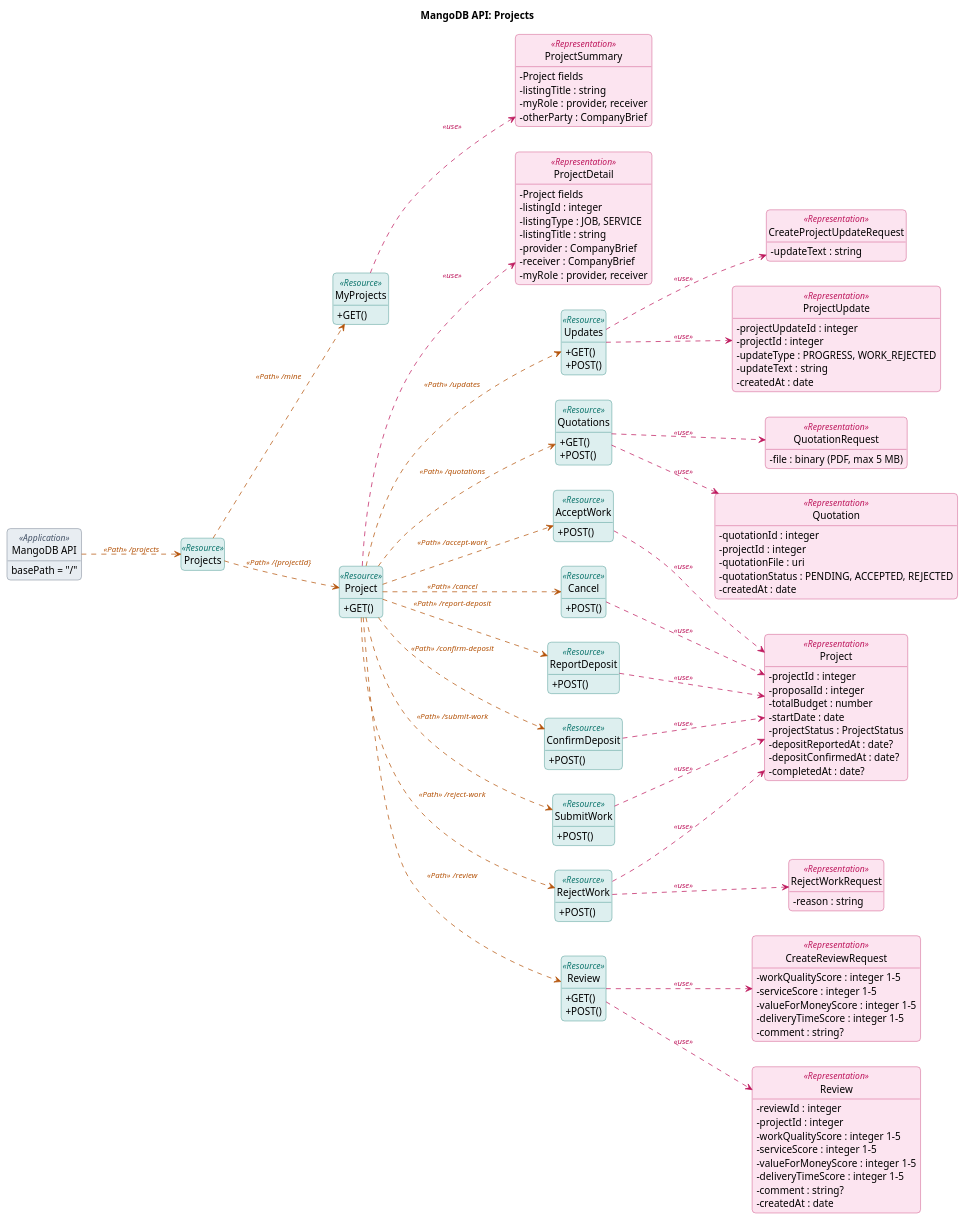
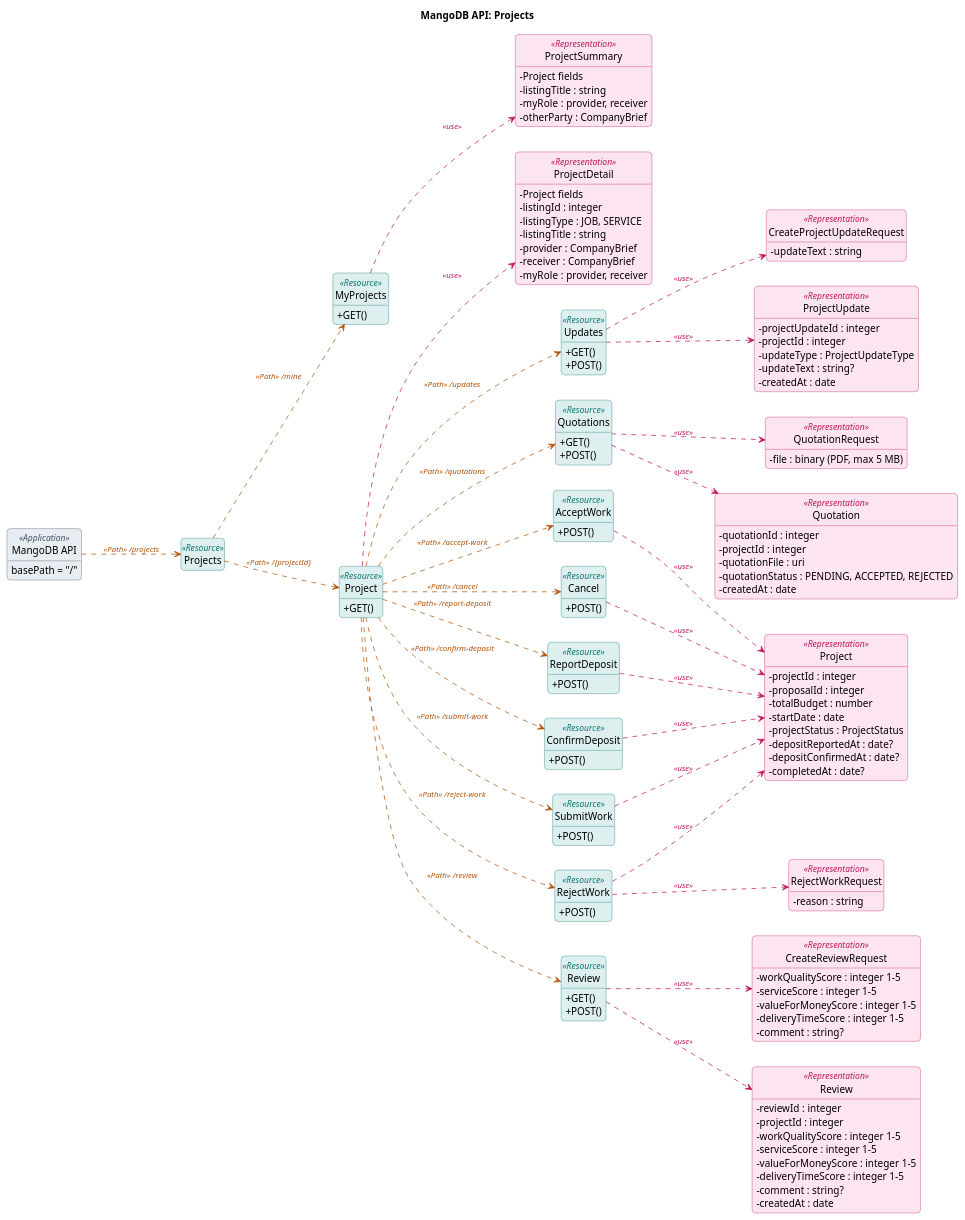
One commit to taofuuu/MangoDB changed the diagram in docs/api/uml/projects.puml. Above: the diagram before and after it, drawn with PlantUML. The commit also changed 2 other files, not shown here.

Commit message:
docs(api): list the project timeline events

```diff
--- a/docs/api/uml/projects.puml
+++ b/docs/api/uml/projects.puml
@@ -1,157 +1,157 @@
 @startuml
 left to right direction
 skinparam classAttributeIconSize 0
 hide circle
 hide empty members
 skinparam shadowing false
 skinparam roundcorner 10
 skinparam ClassFontStyle bold
 skinparam ClassAttributeFontStyle plain
 skinparam ArrowFontSize 11
 skinparam class {
   BackgroundColor<<Application>> #E8EDF2
   BorderColor<<Application>> #475569
   BackgroundColor<<Resource>> #DDEFEF
   BorderColor<<Resource>> #0F766E
   BackgroundColor<<Representation>> #FCE4F0
   BorderColor<<Representation>> #BE185D
   StereotypeFontColor<<Application>> #475569
   StereotypeFontColor<<Resource>> #0F766E
   StereotypeFontColor<<Representation>> #BE185D
 }
 title MangoDB API: Projects
 
 class "MangoDB API" as API <<Application>> {
   basePath = "/"
 }
 class "Projects" as Projects <<Resource>>
 class "MyProjects" as MyProjects <<Resource>> {
   + GET()
 }
 class "Project" as ProjectR <<Resource>> {
   + GET()
 }
 class "Updates" as Updates <<Resource>> {
   + GET()
   + POST()
 }
 class "Quotations" as ProjectQuotations <<Resource>> {
   + GET()
   + POST()
 }
 class "Cancel" as Cancel <<Resource>> {
   + POST()
 }
 class "ReportDeposit" as ReportDeposit <<Resource>> {
   + POST()
 }
 class "ConfirmDeposit" as ConfirmDeposit <<Resource>> {
   + POST()
 }
 class "SubmitWork" as SubmitWork <<Resource>> {
   + POST()
 }
 class "RejectWork" as RejectWork <<Resource>> {
   + POST()
 }
 class "AcceptWork" as AcceptWork <<Resource>> {
   + POST()
 }
 class "Review" as ReviewR <<Resource>> {
   + GET()
   + POST()
 }
 class "ProjectSummary" as ProjectSummaryRep <<Representation>> {
   -Project fields
   -listingTitle : string
   -myRole : provider, receiver
   -otherParty : CompanyBrief
 }
 class "ProjectDetail" as ProjectDetailRep <<Representation>> {
   -Project fields
   -listingId : integer
   -listingType : JOB, SERVICE
   -listingTitle : string
   -provider : CompanyBrief
   -receiver : CompanyBrief
   -myRole : provider, receiver
 }
 class "ProjectUpdate" as ProjectUpdateRep <<Representation>> {
   -projectUpdateId : integer
   -projectId : integer
-  -updateType : PROGRESS, WORK_REJECTED
-  -updateText : string
+  -updateType : ProjectUpdateType
+  -updateText : string?
   -createdAt : date
 }
 class "CreateProjectUpdateRequest" as CreateProjectUpdateRequestRep <<Representation>> {
   -updateText : string
 }
 class "Project" as ProjectRep <<Representation>> {
   -projectId : integer
   -proposalId : integer
   -totalBudget : number
   -startDate : date
   -projectStatus : ProjectStatus
   -depositReportedAt : date?
   -depositConfirmedAt : date?
   -completedAt : date?
 }
 class "Quotation" as QuotationRep <<Representation>> {
   -quotationId : integer
   -projectId : integer
   -quotationFile : uri
   -quotationStatus : PENDING, ACCEPTED, REJECTED
   -createdAt : date
 }
 class "QuotationRequest" as QuotationRequestRep <<Representation>> {
   -file : binary (PDF, max 5 MB)
 }
 class "RejectWorkRequest" as RejectWorkRequestRep <<Representation>> {
   -reason : string
 }
 class "Review" as ReviewRep <<Representation>> {
   -reviewId : integer
   -projectId : integer
   -workQualityScore : integer 1-5
   -serviceScore : integer 1-5
   -valueForMoneyScore : integer 1-5
   -deliveryTimeScore : integer 1-5
   -comment : string?
   -createdAt : date
 }
 class "CreateReviewRequest" as CreateReviewRequestRep <<Representation>> {
   -workQualityScore : integer 1-5
   -serviceScore : integer 1-5
   -valueForMoneyScore : integer 1-5
   -deliveryTimeScore : integer 1-5
   -comment : string?
 }
 
 API -[#B45309,dashed]-> Projects : <i><color:#B45309>«Path» /projects</color></i>
 Projects -[#B45309,dashed]-> MyProjects : <i><color:#B45309>«Path» /mine</color></i>
 MyProjects -[#BE185D,dashed]-> ProjectSummaryRep : <i><color:#BE185D>«use»</color></i>
 Projects -[#B45309,dashed]-> ProjectR : <i><color:#B45309>«Path» /{projectId}</color></i>
 ProjectR -[#BE185D,dashed]-> ProjectDetailRep : <i><color:#BE185D>«use»</color></i>
 ProjectR -[#B45309,dashed]-> Updates : <i><color:#B45309>«Path» /updates</color></i>
 Updates -[#BE185D,dashed]-> ProjectUpdateRep : <i><color:#BE185D>«use»</color></i>
 Updates -[#BE185D,dashed]-> CreateProjectUpdateRequestRep : <i><color:#BE185D>«use»</color></i>
 ProjectR -[#B45309,dashed]-> ProjectQuotations : <i><color:#B45309>«Path» /quotations</color></i>
 ProjectQuotations -[#BE185D,dashed]-> QuotationRep : <i><color:#BE185D>«use»</color></i>
 ProjectQuotations -[#BE185D,dashed]-> QuotationRequestRep : <i><color:#BE185D>«use»</color></i>
 ProjectR -[#B45309,dashed]-> Cancel : <i><color:#B45309>«Path» /cancel</color></i>
 Cancel -[#BE185D,dashed]-> ProjectRep : <i><color:#BE185D>«use»</color></i>
 ProjectR -[#B45309,dashed]-> ReportDeposit : <i><color:#B45309>«Path» /report-deposit</color></i>
 ReportDeposit -[#BE185D,dashed]-> ProjectRep : <i><color:#BE185D>«use»</color></i>
 ProjectR -[#B45309,dashed]-> ConfirmDeposit : <i><color:#B45309>«Path» /confirm-deposit</color></i>
 ConfirmDeposit -[#BE185D,dashed]-> ProjectRep : <i><color:#BE185D>«use»</color></i>
 ProjectR -[#B45309,dashed]-> SubmitWork : <i><color:#B45309>«Path» /submit-work</color></i>
 SubmitWork -[#BE185D,dashed]-> ProjectRep : <i><color:#BE185D>«use»</color></i>
 ProjectR -[#B45309,dashed]-> RejectWork : <i><color:#B45309>«Path» /reject-work</color></i>
 RejectWork -[#BE185D,dashed]-> RejectWorkRequestRep : <i><color:#BE185D>«use»</color></i>
 RejectWork -[#BE185D,dashed]-> ProjectRep : <i><color:#BE185D>«use»</color></i>
 ProjectR -[#B45309,dashed]-> AcceptWork : <i><color:#B45309>«Path» /accept-work</color></i>
 AcceptWork -[#BE185D,dashed]-> ProjectRep : <i><color:#BE185D>«use»</color></i>
 ProjectR -[#B45309,dashed]-> ReviewR : <i><color:#B45309>«Path» /review</color></i>
 ReviewR -[#BE185D,dashed]-> ReviewRep : <i><color:#BE185D>«use»</color></i>
 ReviewR -[#BE185D,dashed]-> CreateReviewRequestRep : <i><color:#BE185D>«use»</color></i>
 @enduml
```
